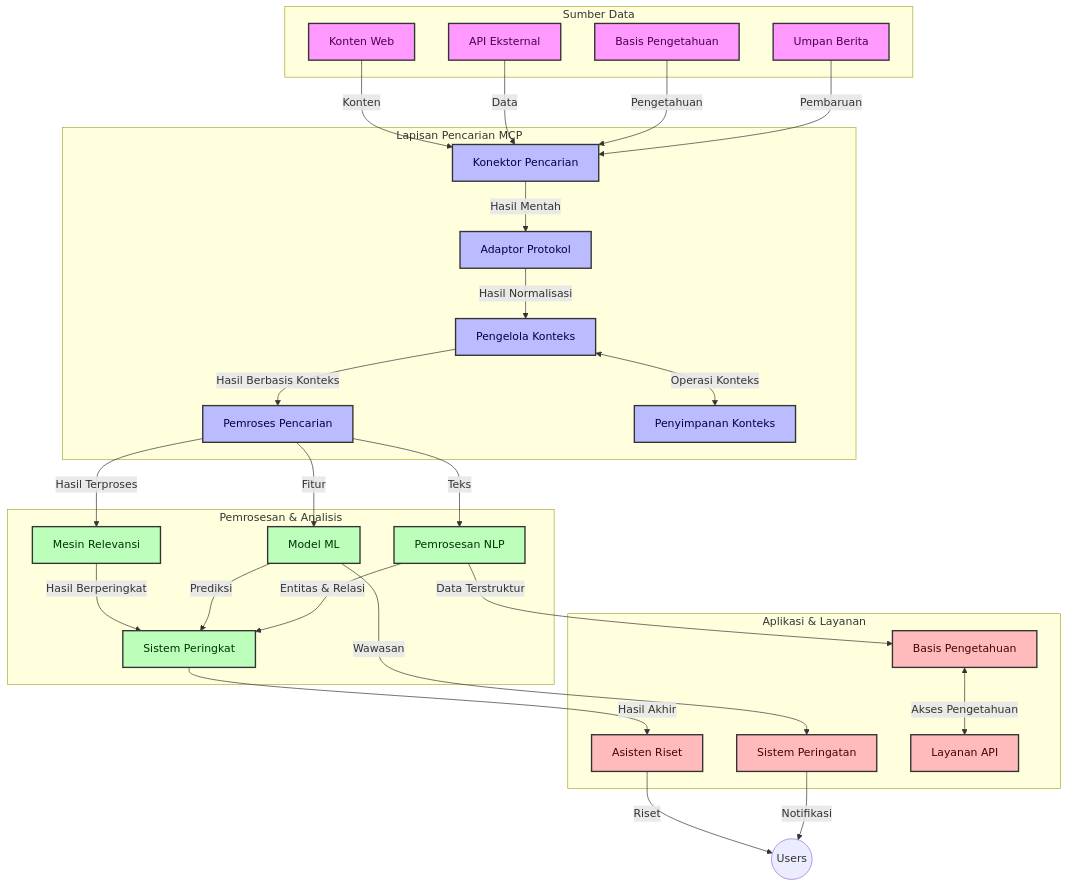
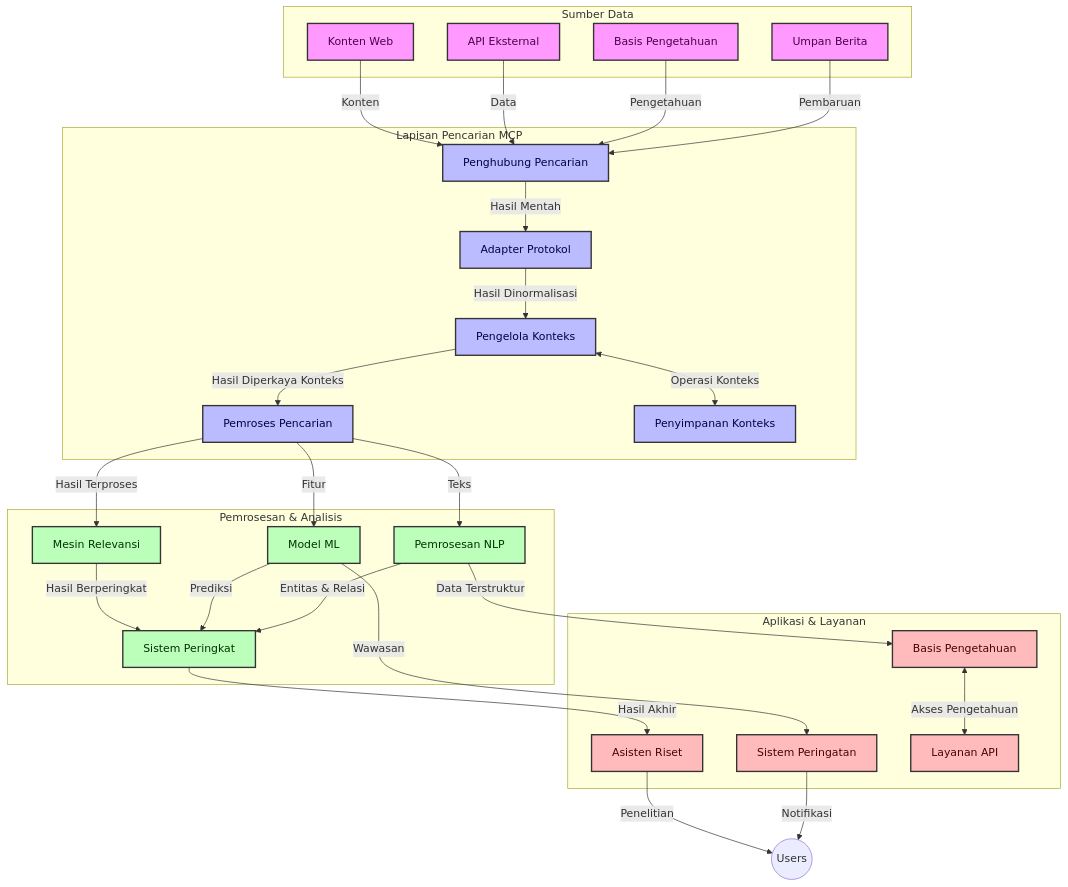
The first of 4 diagrams in translations/id/05-AdvancedTopics/mcp-realtimesearch/README.md (microsoft/mcp-for-beginners), drawn with Mermaid before and after one commit. The commit also changed other lines of this file and 152 other files, not shown here.

````diff
--- a/translations/id/05-AdvancedTopics/mcp-realtimesearch/README.md
+++ b/translations/id/05-AdvancedTopics/mcp-realtimesearch/README.md
@@ -109,66 +109,66 @@
 ```mermaid
 graph TD
     subgraph "Sumber Data"
         Web[Konten Web]
         APIs[API Eksternal]
         DB[Basis Pengetahuan]
         News[Umpan Berita]
     end
 
     subgraph "Lapisan Pencarian MCP"
-        SC[Konektor Pencarian]
-        PA[Adaptor Protokol]
+        SC[Penghubung Pencarian]
+        PA[Adapter Protokol]
         CH[Pengelola Konteks]
         SP[Pemroses Pencarian]
         CS[Penyimpanan Konteks]
     end
 
     subgraph "Pemrosesan & Analisis"
         RE[Mesin Relevansi]
         ML[Model ML]
         NLP[Pemrosesan NLP]
         Rank[Sistem Peringkat]
     end
 
     subgraph "Aplikasi & Layanan"
         RA[Asisten Riset]
         Alerts[Sistem Peringatan]
         KB[Basis Pengetahuan]
         API[Layanan API]
     end
 
     Web -->|Konten| SC
     APIs -->|Data| SC
     DB -->|Pengetahuan| SC
     News -->|Pembaruan| SC
     
     SC -->|Hasil Mentah| PA
-    PA -->|Hasil Normalisasi| CH
+    PA -->|Hasil Dinormalisasi| CH
     CH <-->|Operasi Konteks| CS
-    CH -->|Hasil Berbasis Konteks| SP
+    CH -->|Hasil Diperkaya Konteks| SP
     SP -->|Hasil Terproses| RE
     SP -->|Fitur| ML
     SP -->|Teks| NLP
     
     RE -->|Hasil Berperingkat| Rank
     ML -->|Prediksi| Rank
     NLP -->|Entitas & Relasi| Rank
     
     Rank -->|Hasil Akhir| RA
     ML -->|Wawasan| Alerts
     NLP -->|Data Terstruktur| KB
     
-    RA -->|Riset| Users((Users))
+    RA -->|Penelitian| Users((Users))
     Alerts -->|Notifikasi| Users
     KB <-->|Akses Pengetahuan| API
 
     classDef sources fill:#f9f,stroke:#333,stroke-width:2px,color:#4a004a
     classDef mcp fill:#bbf,stroke:#333,stroke-width:2px,color:#00004a
     classDef processing fill:#bfb,stroke:#333,stroke-width:2px,color:#003300
     classDef apps fill:#fbb,stroke:#333,stroke-width:2px,color:#4a0000
     
     class Web,APIs,DB,News sources
     class SC,PA,CH,SP,CS mcp
     class RE,ML,NLP,Rank processing
     class RA,Alerts,KB,API apps
 ```
````
